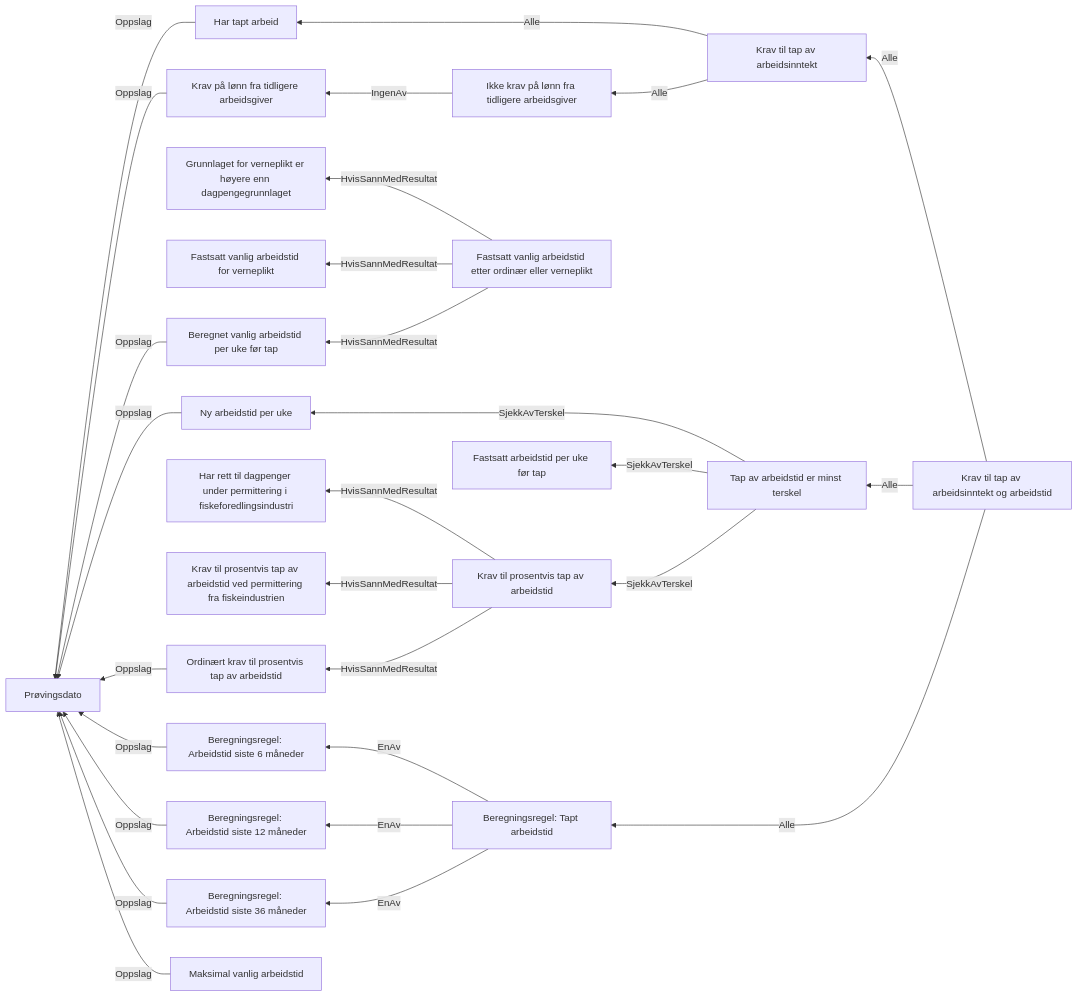
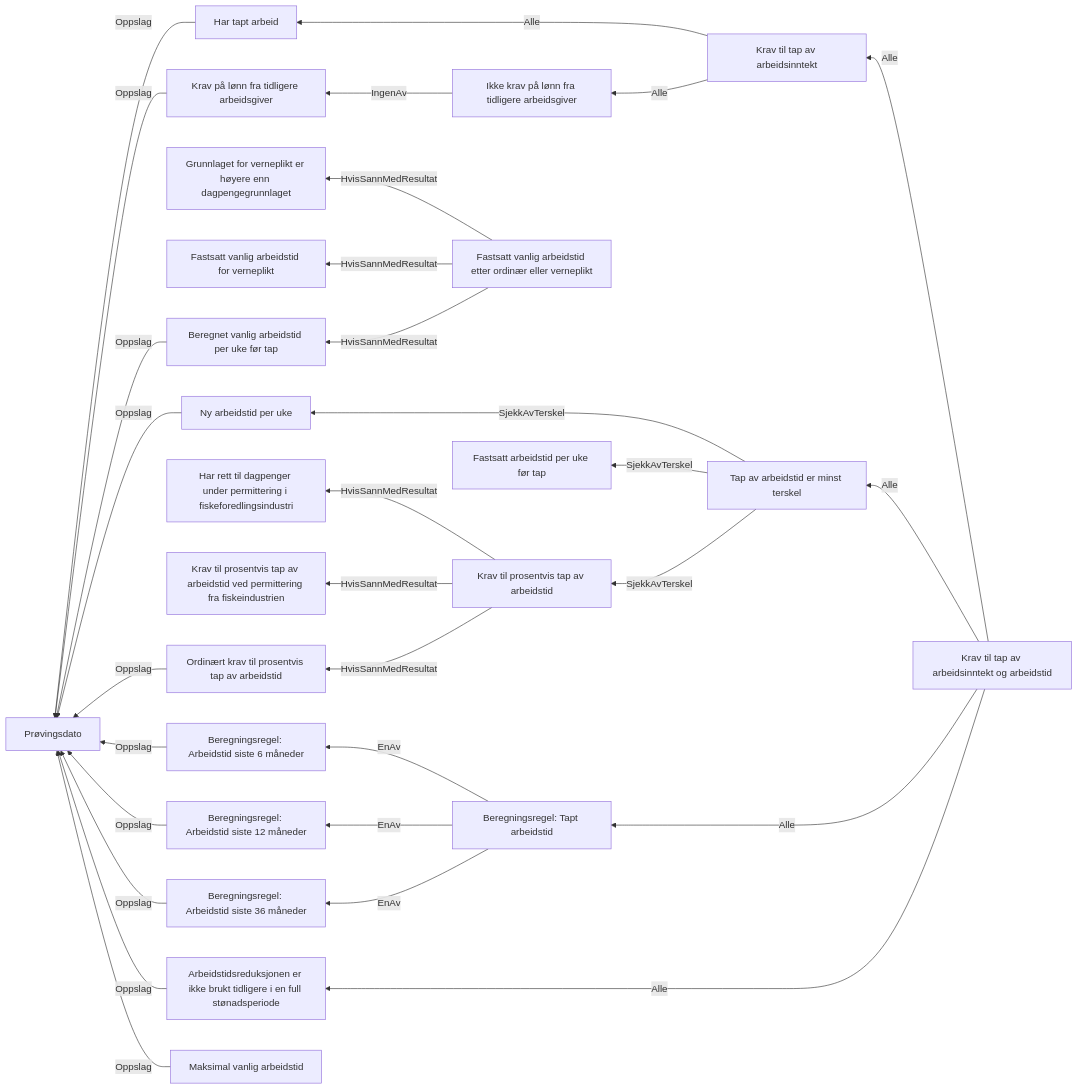
One commit to navikt/dp-behandling changed the diagram in docs/regler/§ 4-3. Tap av arbeidsinntekt og arbeidstid.approved.md. Above: the diagram before and after it, drawn with Mermaid. The commit also changed 10 other files, not shown here.

Commit message:
legg til vilkår arbeidstid brukt tidligere

````diff
--- a/docs/regler/§ 4-3. Tap av arbeidsinntekt og arbeidstid.approved.md
+++ b/docs/regler/§ 4-3. Tap av arbeidsinntekt og arbeidstid.approved.md
@@ -5,30 +5,32 @@
 ```mermaid
 graph RL
   A["Har tapt arbeid"] -->|"Oppslag"| B["Prøvingsdato"]
   C["Krav på lønn fra tidligere arbeidsgiver"] -->|"Oppslag"| B["Prøvingsdato"]
   D["Ikke krav på lønn fra tidligere arbeidsgiver"] -->|"IngenAv"| C["Krav på lønn fra tidligere arbeidsgiver"]
   E["Krav til tap av arbeidsinntekt"] -->|"Alle"| A["Har tapt arbeid"]
   E["Krav til tap av arbeidsinntekt"] -->|"Alle"| D["Ikke krav på lønn fra tidligere arbeidsgiver"]
   F["Ordinært krav til prosentvis tap av arbeidstid"] -->|"Oppslag"| B["Prøvingsdato"]
   G["Krav til prosentvis tap av arbeidstid"] -->|"HvisSannMedResultat"| H["Har rett til dagpenger under permittering i fiskeforedlingsindustri"]
   G["Krav til prosentvis tap av arbeidstid"] -->|"HvisSannMedResultat"| I["Krav til prosentvis tap av arbeidstid ved permittering fra fiskeindustrien"]
   G["Krav til prosentvis tap av arbeidstid"] -->|"HvisSannMedResultat"| F["Ordinært krav til prosentvis tap av arbeidstid"]
   J["Beregningsregel: Arbeidstid siste 6 måneder"] -->|"Oppslag"| B["Prøvingsdato"]
   K["Beregningsregel: Arbeidstid siste 12 måneder"] -->|"Oppslag"| B["Prøvingsdato"]
   L["Beregningsregel: Arbeidstid siste 36 måneder"] -->|"Oppslag"| B["Prøvingsdato"]
   M["Beregnet vanlig arbeidstid per uke før tap"] -->|"Oppslag"| B["Prøvingsdato"]
-  N["Fastsatt vanlig arbeidstid etter ordinær eller verneplikt"] -->|"HvisSannMedResultat"| O["Grunnlaget for verneplikt er høyere enn dagpengegrunnlaget"]
-  N["Fastsatt vanlig arbeidstid etter ordinær eller verneplikt"] -->|"HvisSannMedResultat"| P["Fastsatt vanlig arbeidstid for verneplikt"]
-  N["Fastsatt vanlig arbeidstid etter ordinær eller verneplikt"] -->|"HvisSannMedResultat"| M["Beregnet vanlig arbeidstid per uke før tap"]
-  Q["Ny arbeidstid per uke"] -->|"Oppslag"| B["Prøvingsdato"]
-  R["Maksimal vanlig arbeidstid"] -->|"Oppslag"| B["Prøvingsdato"]
-  S["Tap av arbeidstid er minst terskel"] -->|"SjekkAvTerskel"| Q["Ny arbeidstid per uke"]
-  S["Tap av arbeidstid er minst terskel"] -->|"SjekkAvTerskel"| T["Fastsatt arbeidstid per uke før tap"]
-  S["Tap av arbeidstid er minst terskel"] -->|"SjekkAvTerskel"| G["Krav til prosentvis tap av arbeidstid"]
-  U["Beregningsregel: Tapt arbeidstid"] -->|"EnAv"| J["Beregningsregel: Arbeidstid siste 6 måneder"]
-  U["Beregningsregel: Tapt arbeidstid"] -->|"EnAv"| K["Beregningsregel: Arbeidstid siste 12 måneder"]
-  U["Beregningsregel: Tapt arbeidstid"] -->|"EnAv"| L["Beregningsregel: Arbeidstid siste 36 måneder"]
-  V["Krav til tap av arbeidsinntekt og arbeidstid"] -->|"Alle"| E["Krav til tap av arbeidsinntekt"]
-  V["Krav til tap av arbeidsinntekt og arbeidstid"] -->|"Alle"| S["Tap av arbeidstid er minst terskel"]
-  V["Krav til tap av arbeidsinntekt og arbeidstid"] -->|"Alle"| U["Beregningsregel: Tapt arbeidstid"]
+  N["Arbeidstidsreduksjonen er ikke brukt tidligere i en full stønadsperiode"] -->|"Oppslag"| B["Prøvingsdato"]
+  O["Fastsatt vanlig arbeidstid etter ordinær eller verneplikt"] -->|"HvisSannMedResultat"| P["Grunnlaget for verneplikt er høyere enn dagpengegrunnlaget"]
+  O["Fastsatt vanlig arbeidstid etter ordinær eller verneplikt"] -->|"HvisSannMedResultat"| Q["Fastsatt vanlig arbeidstid for verneplikt"]
+  O["Fastsatt vanlig arbeidstid etter ordinær eller verneplikt"] -->|"HvisSannMedResultat"| M["Beregnet vanlig arbeidstid per uke før tap"]
+  R["Ny arbeidstid per uke"] -->|"Oppslag"| B["Prøvingsdato"]
+  S["Maksimal vanlig arbeidstid"] -->|"Oppslag"| B["Prøvingsdato"]
+  T["Tap av arbeidstid er minst terskel"] -->|"SjekkAvTerskel"| R["Ny arbeidstid per uke"]
+  T["Tap av arbeidstid er minst terskel"] -->|"SjekkAvTerskel"| U["Fastsatt arbeidstid per uke før tap"]
+  T["Tap av arbeidstid er minst terskel"] -->|"SjekkAvTerskel"| G["Krav til prosentvis tap av arbeidstid"]
+  V["Beregningsregel: Tapt arbeidstid"] -->|"EnAv"| J["Beregningsregel: Arbeidstid siste 6 måneder"]
+  V["Beregningsregel: Tapt arbeidstid"] -->|"EnAv"| K["Beregningsregel: Arbeidstid siste 12 måneder"]
+  V["Beregningsregel: Tapt arbeidstid"] -->|"EnAv"| L["Beregningsregel: Arbeidstid siste 36 måneder"]
+  W["Krav til tap av arbeidsinntekt og arbeidstid"] -->|"Alle"| E["Krav til tap av arbeidsinntekt"]
+  W["Krav til tap av arbeidsinntekt og arbeidstid"] -->|"Alle"| T["Tap av arbeidstid er minst terskel"]
+  W["Krav til tap av arbeidsinntekt og arbeidstid"] -->|"Alle"| V["Beregningsregel: Tapt arbeidstid"]
+  W["Krav til tap av arbeidsinntekt og arbeidstid"] -->|"Alle"| N["Arbeidstidsreduksjonen er ikke brukt tidligere i en full stønadsperiode"]
 ```
````
